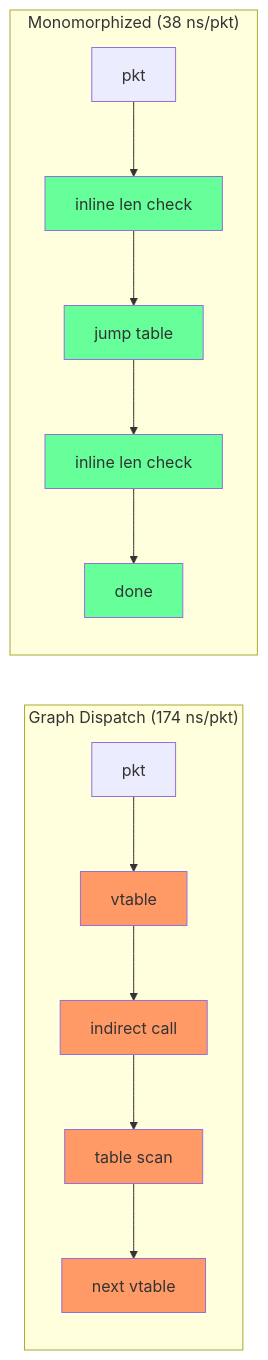
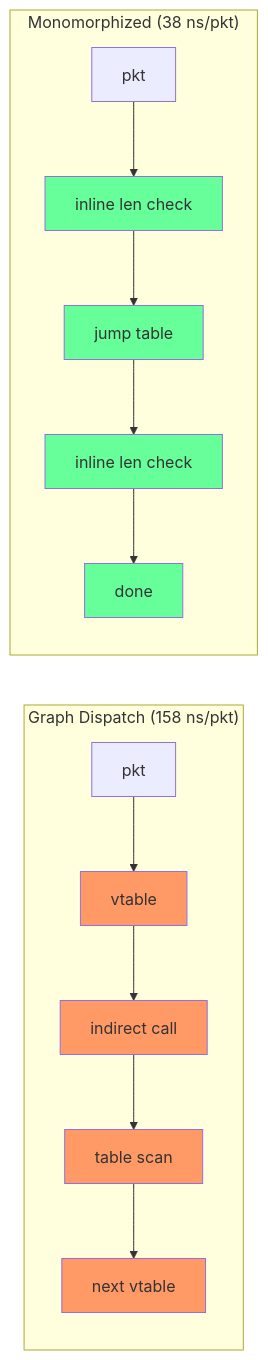
Before and after one commit to randomizedcoder/xdp2: the second of 3 diagrams in xdp2-rs/docs/performance-lecture.md, drawn with Mermaid. The commit also changed other lines of this file and 4 other files, not shown here.

````diff
--- a/xdp2-rs/docs/performance-lecture.md
+++ b/xdp2-rs/docs/performance-lecture.md
@@ -376,17 +376,17 @@
 ```mermaid
 flowchart LR
-    subgraph Before["Graph Dispatch (174 ns/pkt)"]
+    subgraph Before["Graph Dispatch (158 ns/pkt)"]
         A1["pkt"] --> B1["vtable"] --> C1["indirect call"] --> D1["table scan"] --> E1["next vtable"]
     end
     subgraph After["Monomorphized (38 ns/pkt)"]
         A2["pkt"] --> B2["inline len check"] --> C2["jump table"] --> D2["inline len check"] --> E2["done"]
     end
     style B1 fill:#f96
     style C1 fill:#f96
     style D1 fill:#f96
     style E1 fill:#f96
     style B2 fill:#6f9
     style C2 fill:#6f9
     style D2 fill:#6f9
     style E2 fill:#6f9
 ```
````
